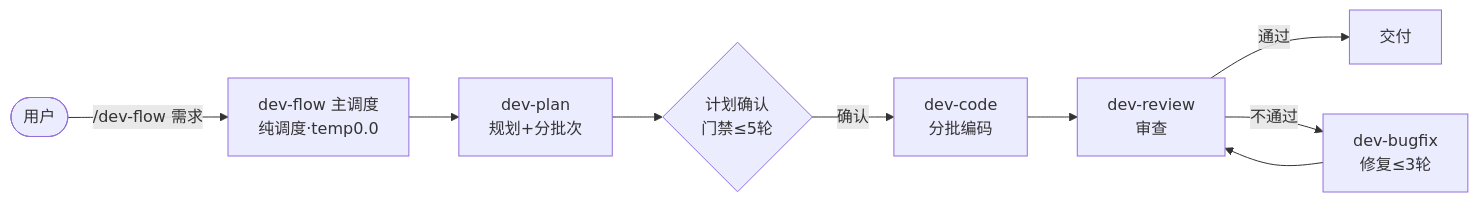
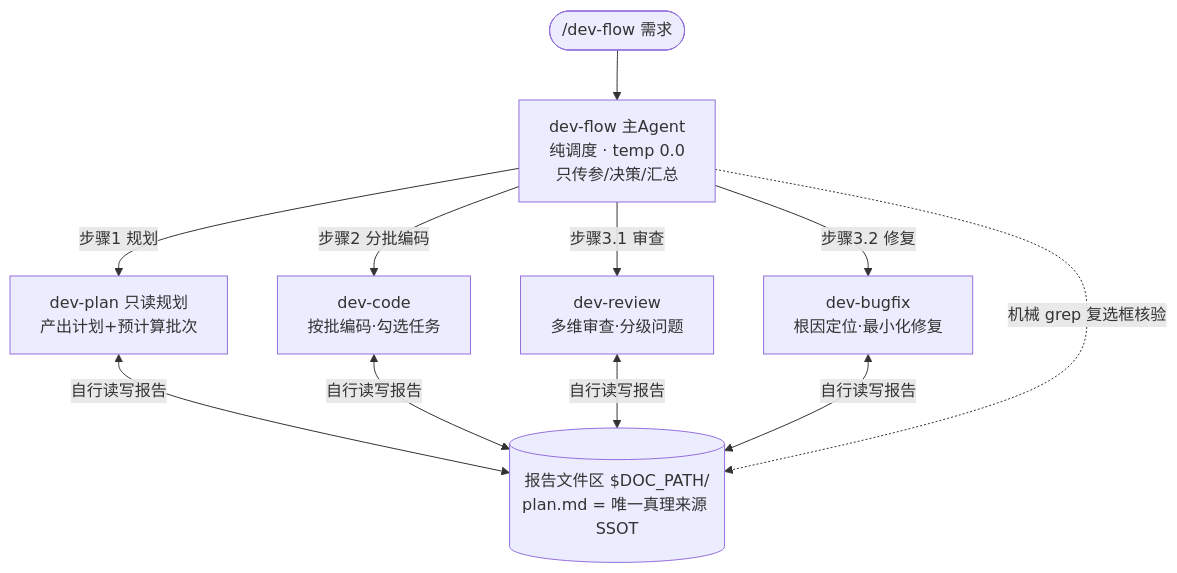
Before and after one commit to GMshuS/opencode-study: the third of 4 diagrams in docs/AI工作流Workflow介绍与使用.md, drawn with Mermaid. The commit also changed other lines of this file, not shown here.

````diff
--- a/docs/AI工作流Workflow介绍与使用.md
+++ b/docs/AI工作流Workflow介绍与使用.md
@@ -260,10 +299,12 @@
 ```mermaid
-flowchart LR
-    U(["用户"]) -->|"/dev-flow 需求"| F["dev-flow 主调度<br/>纯调度·temp0.0"]
-    F --> P["dev-plan<br/>规划+分批次"]
-    P --> G1{计划确认<br/>门禁≤5轮}
-    G1 -->|确认| C["dev-code<br/>分批编码"]
-    C --> R["dev-review<br/>审查"]
-    R -->|通过| D["交付"]
-    R -->|不通过| B["dev-bugfix<br/>修复≤3轮"] --> R
+flowchart TB
+    U(["/dev-flow 需求"]) --> MF["dev-flow 主Agent<br/>纯调度 · temp 0.0<br/>只传参/决策/汇总"]
+    MF -->|"步骤1 规划"| P["dev-plan 只读规划<br/>产出计划+预计算批次"]
+    MF -->|"步骤2 分批编码"| C["dev-code<br/>按批编码·勾选任务"]
+    MF -->|"步骤3.1 审查"| R["dev-review<br/>多维审查·分级问题"]
+    MF -->|"步骤3.2 修复"| B["dev-bugfix<br/>根因定位·最小化修复"]
+
+    FS[("报告文件区 $DOC_PATH/<br/>plan.md = 唯一真理来源 SSOT")]
+    P & C & R & B <-->|"自行读写报告"| FS
+    MF -.->|"机械 grep 复选框核验"| FS
 ```
````
